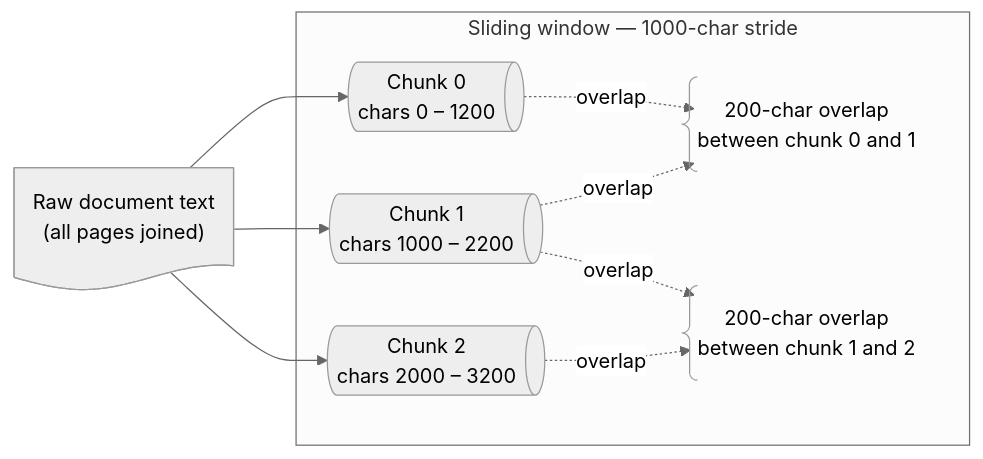
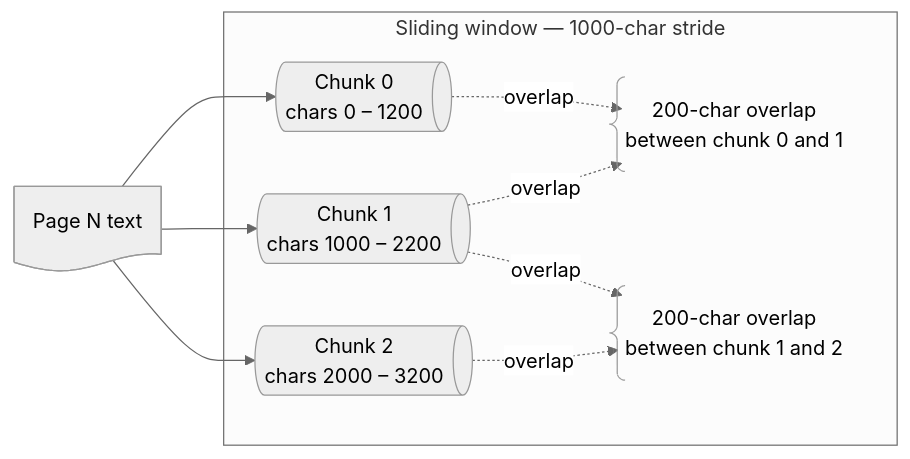
One commit to AWDubs/Local-RAG changed the second of 3 diagrams in docs/implementation/ingestion.md. Above: the diagram before and after it, drawn with Mermaid (neutral theme). The commit also changed other lines of this file and 19 other files, not shown here.

````diff
--- a/docs/implementation/ingestion.md
+++ b/docs/implementation/ingestion.md
@@ -56,23 +79,23 @@
 ```mermaid
 flowchart LR
-    accTitle: Sliding-window chunking with overlap
-    accDescr: Shows how the 200-char overlap between consecutive 1200-char chunks ensures no sentence is lost at a boundary.
+    accTitle: Per-page sliding-window chunking with overlap
+    accDescr: Each page is chunked independently with a 1200-char window and 200-char overlap so every chunk carries an exact page number.
 
-    raw@{ shape: doc, label: "Raw document text\n(all pages joined)" }
+    raw@{ shape: doc, label: "Page N text" }
 
     subgraph window["Sliding window — 1000-char stride"]
         c1@{ shape: das, label: "Chunk 0\nchars 0 – 1200" }
         c2@{ shape: das, label: "Chunk 1\nchars 1000 – 2200" }
         c3@{ shape: das, label: "Chunk 2\nchars 2000 – 3200" }
         overlap_a@{ shape: brace, label: "200-char overlap\nbetween chunk 0 and 1" }
         overlap_b@{ shape: brace, label: "200-char overlap\nbetween chunk 1 and 2" }
     end
 
     raw --> c1
     raw --> c2
     raw --> c3
     c1 -. "overlap" .-> overlap_a
     c2 -. "overlap" .-> overlap_a
     c2 -. "overlap" .-> overlap_b
     c3 -. "overlap" .-> overlap_b
 ```
````
